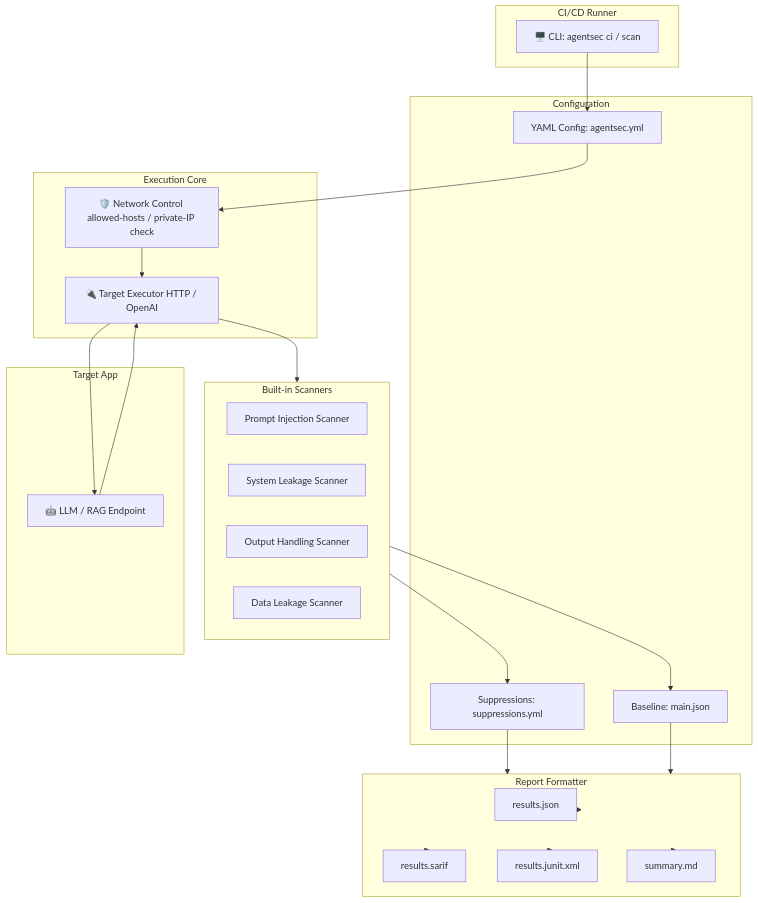
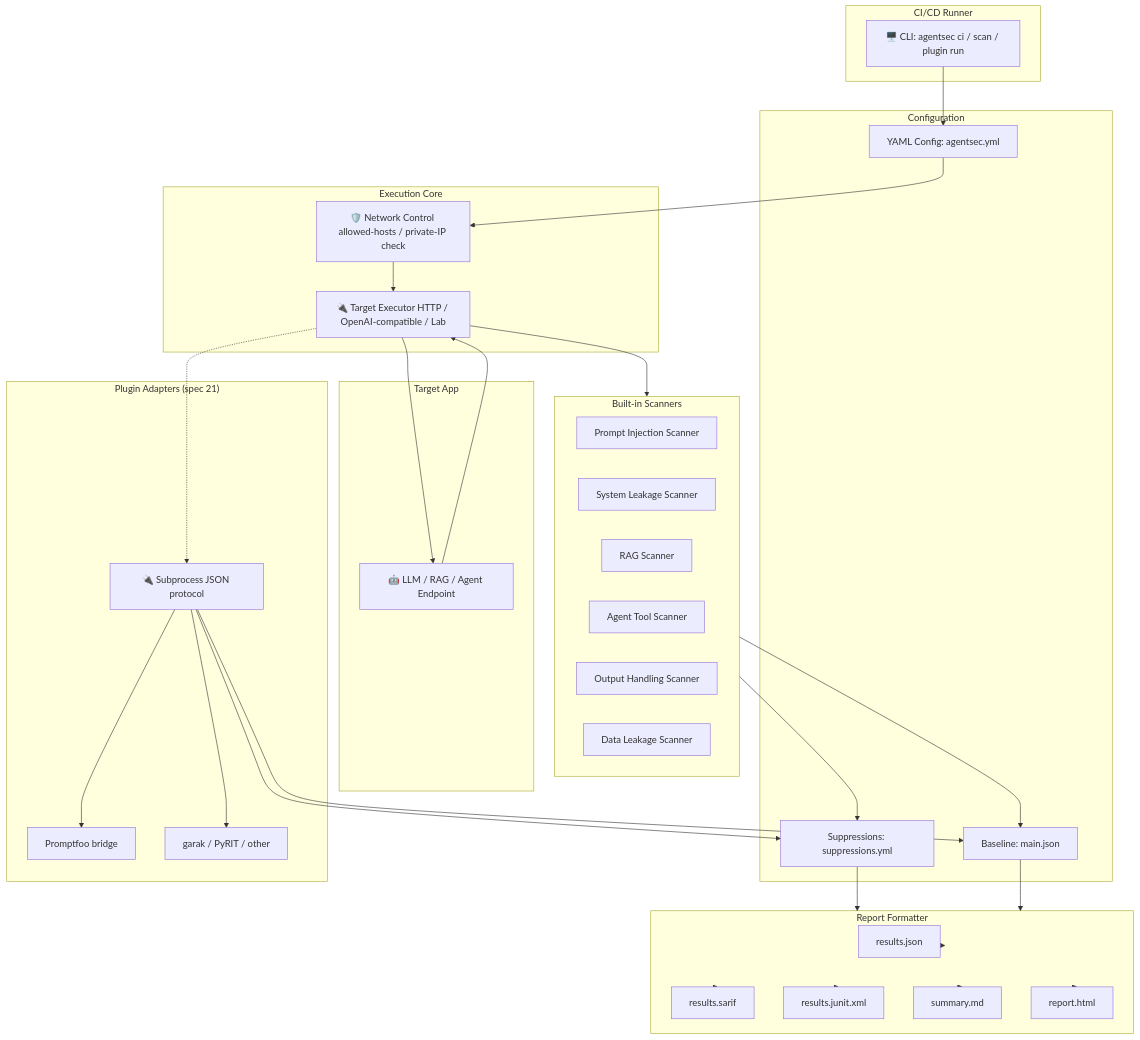
One commit to Teycir/AgentSec changed the diagram in README.md. Above: the diagram before and after it, drawn with Mermaid.

Commit message:
docs: bring System Architecture diagram in line with actual codebase
The Mermaid diagram in the README hadn't been updated as the scanner
and formatter surface grew. Verified each gap against the real crates
before fixing:

- Built-in Scanners: diagram showed 4, agentsec-scanners has 6
  (agent_tool.rs and rag.rs / spec 14.3-14.4 were missing)
- Report Formatter: diagram showed 4 formats, agentsec-report has 5
  (html.rs / report.html was missing, despite being fully implemented
  and tested)
- Target Executor: diagram said 'HTTP / OpenAI', but TargetKind has
  4 variants; added Lab (a first-class documented feature with its
  own README section and labs/*.yml manifests) to the executor label
- Plugin layer: agentsec-integrations (spec 21 subprocess protocol +
  promptfoo bridge) wasn't represented anywhere in the diagram; added
  as a parallel path alongside built-in scanners, feeding the same
  downstream suppression/baseline/report pipeline (confirmed via
  plugin.rs that plugin findings map onto the same Finding type)

Command target kind intentionally left off the executor label since
it isn't implemented yet (returns a 'not yet implemented' error).

````diff
--- a/README.md
+++ b/README.md
@@ -238,50 +238,65 @@
 ```mermaid
 graph TD
     subgraph CI_Pipeline["CI/CD Runner"]
-        Command[🖥️ CLI: agentsec ci / scan]
+        Command[🖥️ CLI: agentsec ci / scan / plugin run]
     end
 
     subgraph Config["Configuration"]
         AYML[YAML Config: agentsec.yml]
         SUPP[Suppressions: suppressions.yml]
         BASE[Baseline: main.json]
     end
 
     subgraph Core["Execution Core"]
         NetGate[🛡️ Network Control allowed-hosts / private-IP check]
-        Executor[🔌 Target Executor HTTP / OpenAI]
+        Executor[🔌 Target Executor HTTP / OpenAI-compatible / Lab]
     end
 
     subgraph Target_App["Target App"]
-        LLM[🤖 LLM / RAG Endpoint]
+        LLM[🤖 LLM / RAG / Agent Endpoint]
     end
 
     subgraph Scanners["Built-in Scanners"]
         ScanInj[Prompt Injection Scanner]
         ScanSys[System Leakage Scanner]
+        ScanRag[RAG Scanner]
+        ScanAgent[Agent Tool Scanner]
         ScanOut[Output Handling Scanner]
         ScanData[Data Leakage Scanner]
+    end
+
+    subgraph Plugins["Plugin Adapters (spec 21)"]
+        PluginProto[🔌 Subprocess JSON protocol]
+        PluginPromptfoo[Promptfoo bridge]
+        PluginOther[garak / PyRIT / other]
     end
 
     subgraph Formatting["Report Formatter"]
         JSON[results.json]
         SARIF[results.sarif]
         JUNIT[results.junit.xml]
         MD[summary.md]
+        HTML[report.html]
     end
 
     Command --> AYML
     AYML --> NetGate
     NetGate --> Executor
     Executor --> LLM
     LLM --> Executor
     Executor --> Scanners
+    Executor -.-> PluginProto
+    PluginProto --> PluginPromptfoo
+    PluginProto --> PluginOther
     Scanners --> SUPP
     Scanners --> BASE
+    PluginProto --> SUPP
+    PluginProto --> BASE
     SUPP --> Formatting
     BASE --> Formatting
     Formatting --> JSON
     Formatting --> SARIF
     Formatting --> JUNIT
     Formatting --> MD
+    Formatting --> HTML
 ```
````
